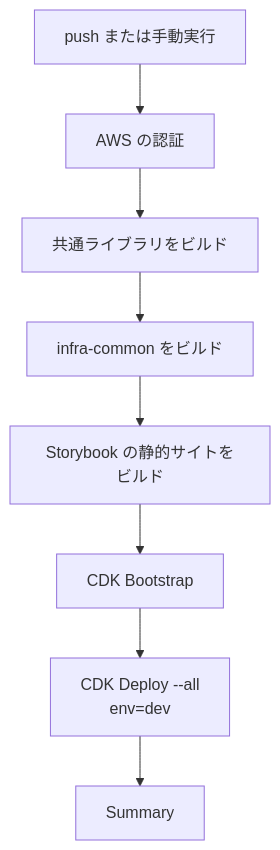
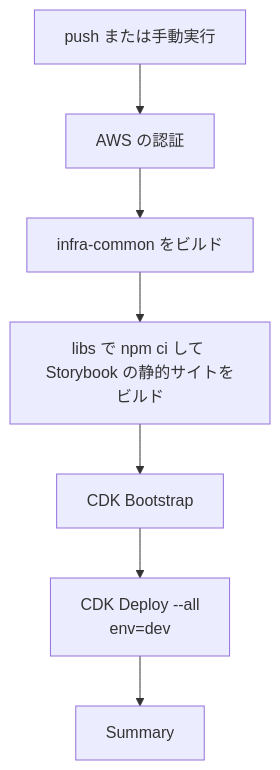
The second of 2 diagrams in docs/platform/specs/deploy.md (nagiyu/nagiyu-platform), drawn with Mermaid before and after one commit. The commit also changed other lines of this file and 37 other files, not shown here.

````diff
--- a/docs/platform/specs/deploy.md
+++ b/docs/platform/specs/deploy.md
@@ -235,10 +235,9 @@
 ```mermaid
 flowchart TD
     A[push または手動実行] --> B[AWS の認証]
-    B --> C[共通ライブラリをビルド]
-    C --> D[infra-common をビルド]
-    D --> E[Storybook の静的サイトをビルド]
+    B --> D[infra-common をビルド]
+    D --> E[libs で npm ci して Storybook の静的サイトをビルド]
     E --> F[CDK Bootstrap]
     F --> G[CDK Deploy --all<br/>env=dev]
     G --> H[Summary]
 ```
````
